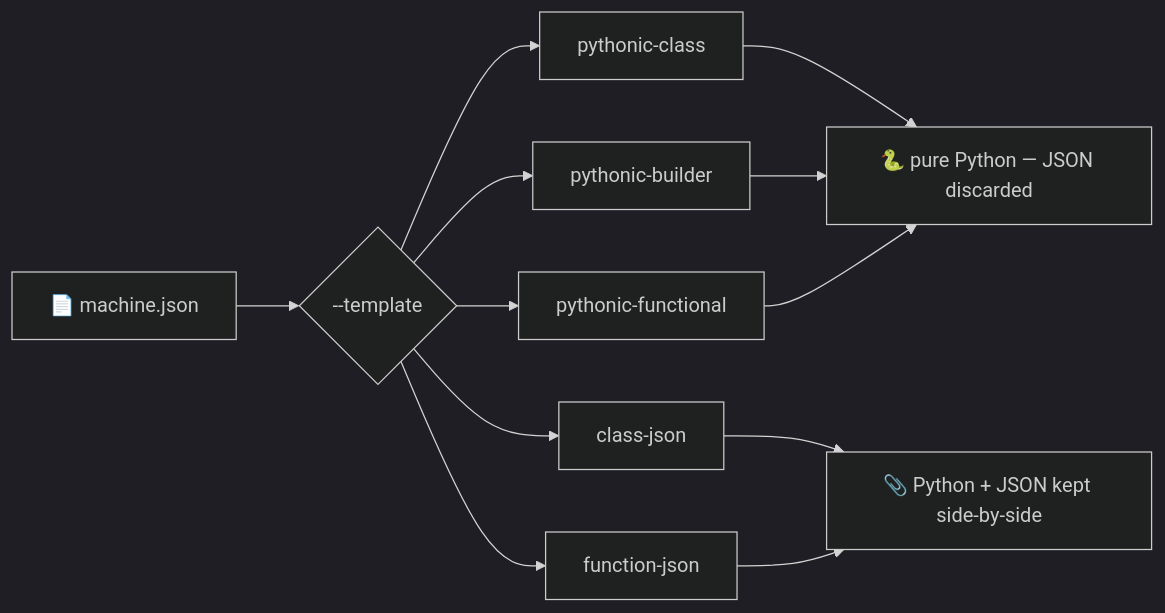
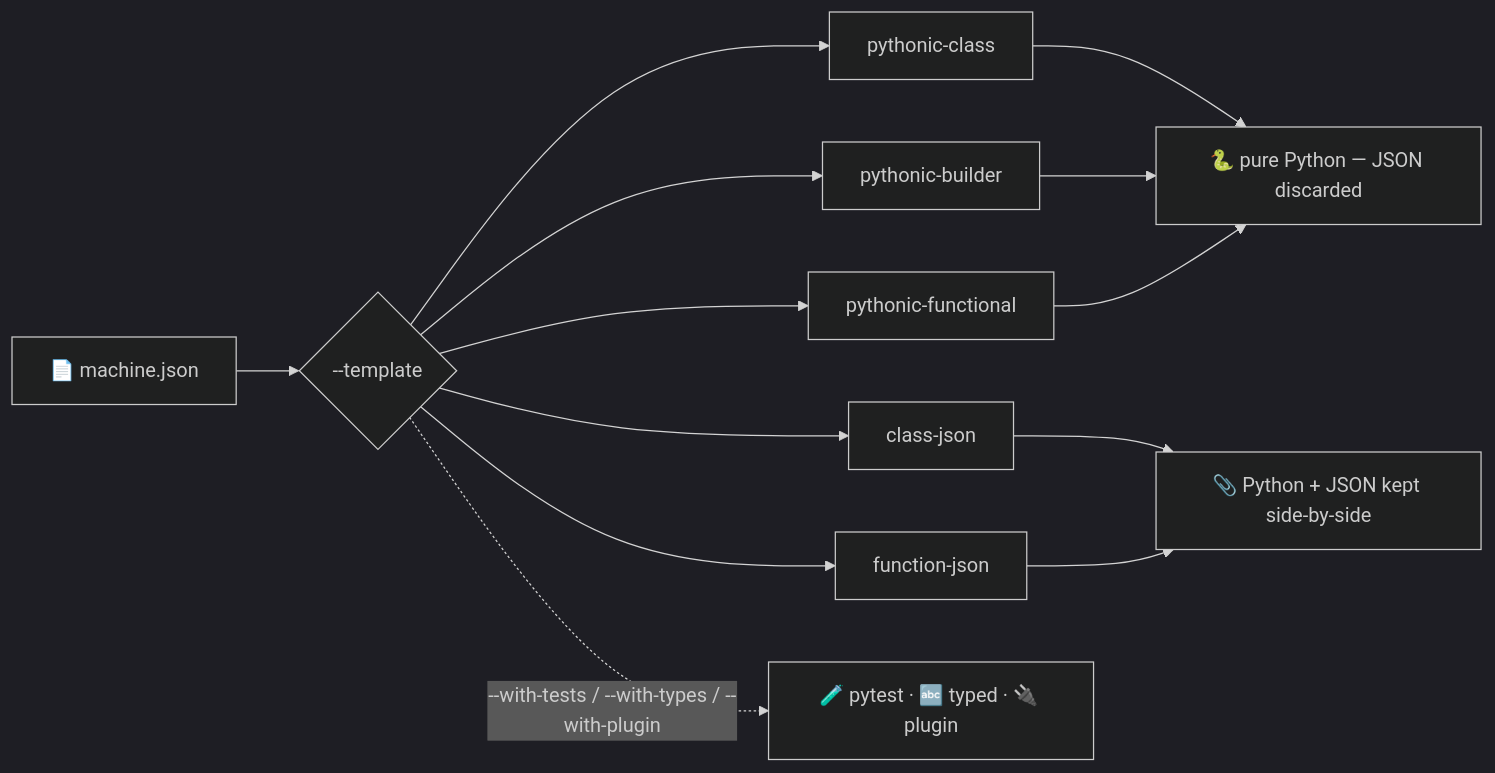
The diagram in docs/_guide/cli-templates.md (basiltt/xstate-statemachine), drawn with Mermaid (dark theme) before and after one commit. The commit also changed other lines of this file and 14 other files, not shown here.

````diff
--- a/docs/_guide/cli-templates.md
+++ b/docs/_guide/cli-templates.md
@@ -12,8 +12,9 @@
 ```mermaid
 flowchart LR
     J["📄 machine.json"] --> T{"--template"}
     T --> A["pythonic-class"] & B["pythonic-builder"] & C["pythonic-functional"]
     T --> D["class-json"] & E["function-json"]
     A & B & C --> P["🐍 pure Python — JSON discarded"]
     D & E --> Q["📎 Python + JSON kept side-by-side"]
+    T -. "--with-tests / --with-types / --with-plugin" .-> F["🧪 pytest · 🔤 typed · 🔌 plugin"]
 ```
````
